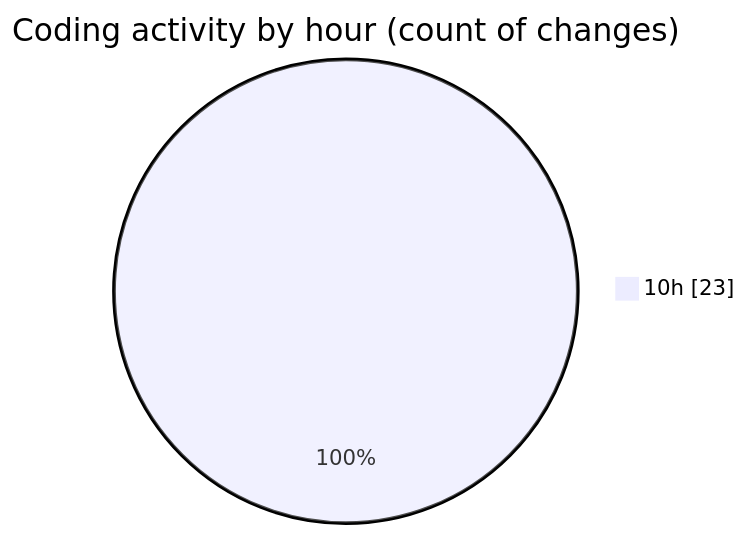
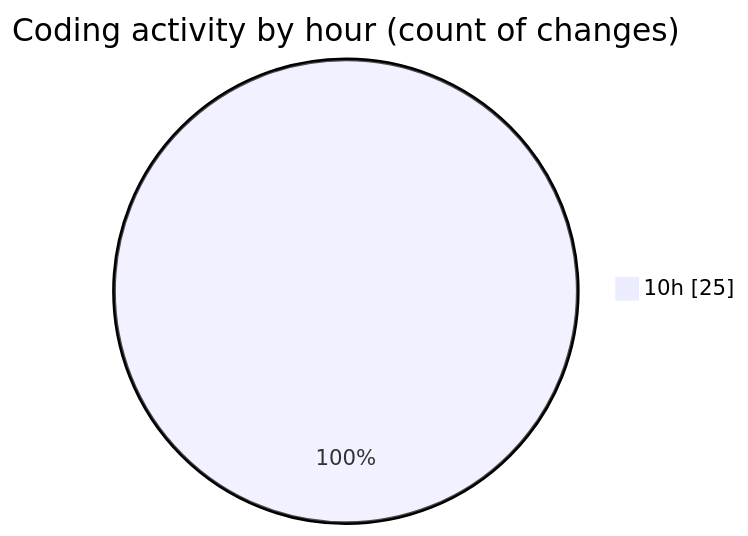
The second of 2 diagrams in 2025-05-01/cda/README.md (momahboobian/code-tracking), drawn with Mermaid before and after one commit. The commit also changed other lines of this file and 1 other file, not shown here.

````diff
--- a/2025-05-01/cda/README.md
+++ b/2025-05-01/cda/README.md
@@ -33,5 +33,5 @@
 ```mermaid
 pie showData
 title Coding activity by hour (count of changes)
-"10h" : 23
+"10h" : 25
 ```
````
